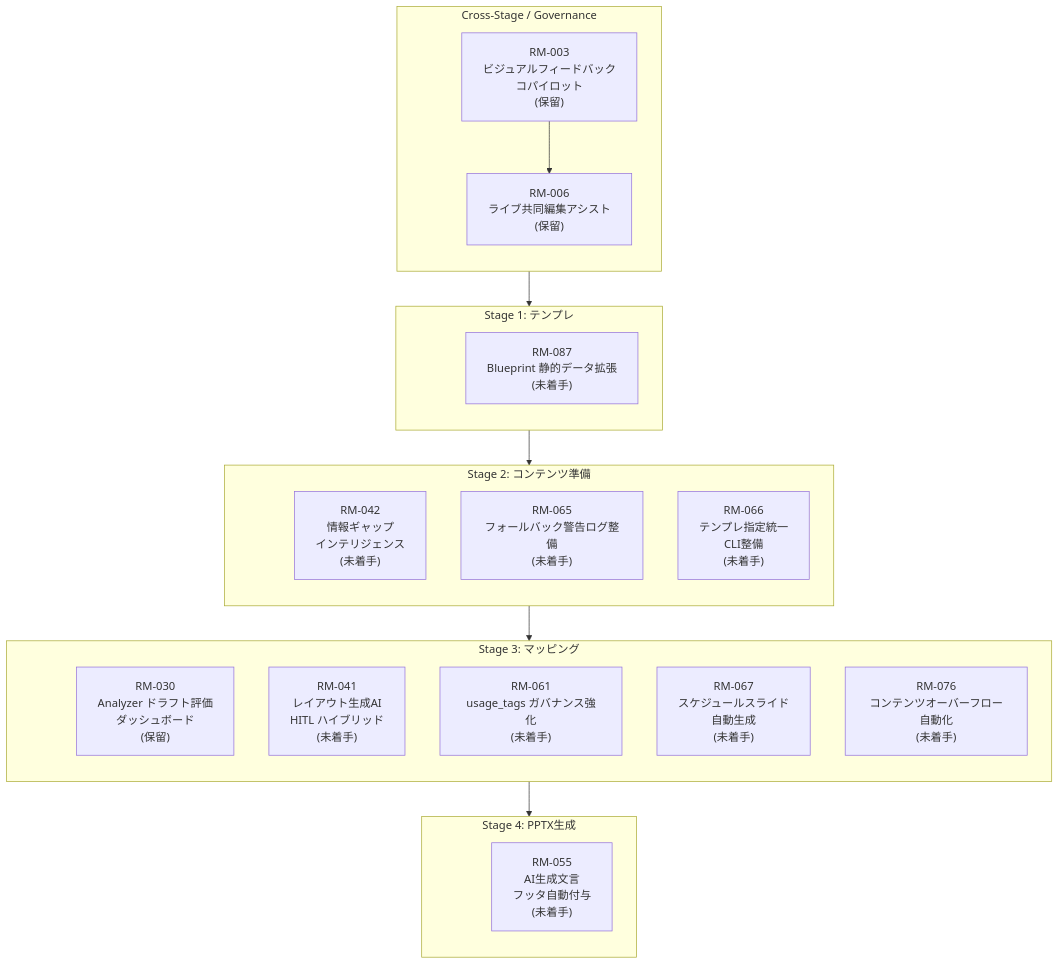
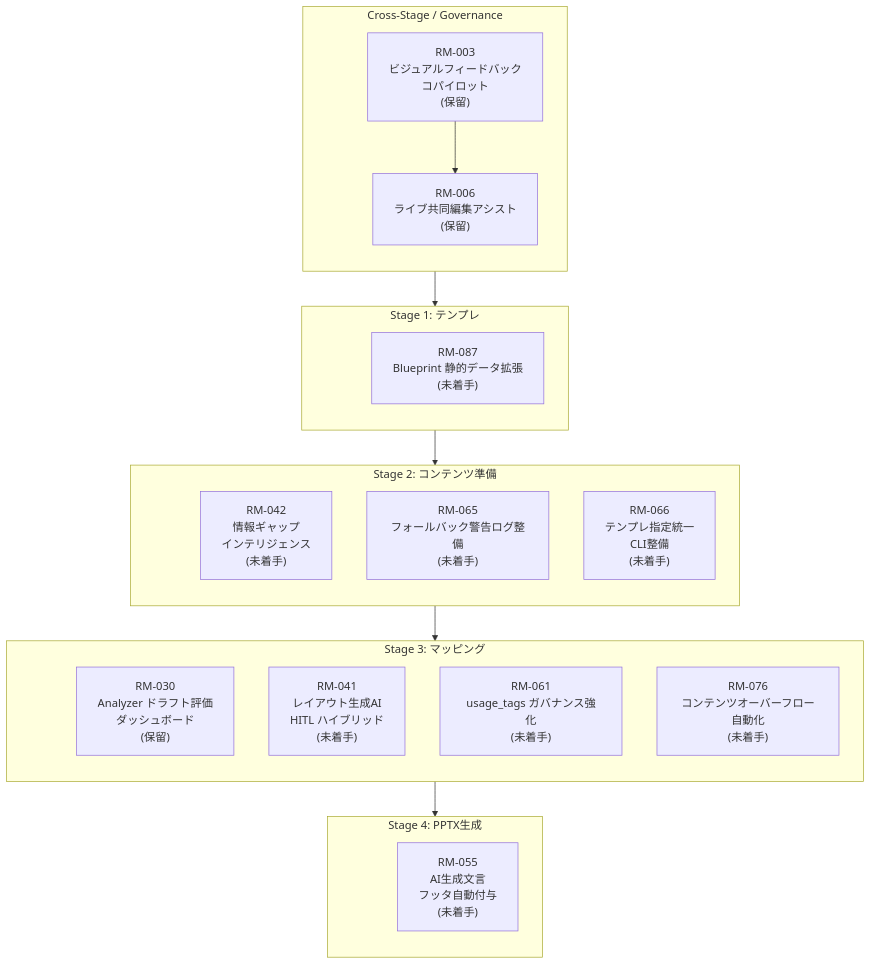
One commit to yurake/pptx_generator changed the diagram in docs/roadmap/roadmap.md. Above: the diagram before and after it, drawn with Mermaid. The commit also changed other lines of this file and 1 other file, not shown here.

````diff
--- a/docs/roadmap/roadmap.md
+++ b/docs/roadmap/roadmap.md
@@ -25,49 +25,48 @@
 ```mermaid
 flowchart TB
     subgraph GOV["Cross-Stage / Governance"]
         direction TB
         GOV_ANCHOR(( ))
         RM003["RM-003<br/>ビジュアルフィードバック<br/>コパイロット<br/>(保留)"]
         RM006["RM-006<br/>ライブ共同編集アシスト<br/>(保留)"]
     end
 
     subgraph ST1["Stage 1: テンプレ"]
         direction TB
         ST1_ANCHOR(( ))
         RM087["RM-087<br/>Blueprint 静的データ拡張<br/>(未着手)"]
     end
 
     subgraph ST2["Stage 2: コンテンツ準備"]
         direction TB
         ST2_ANCHOR(( ))
         RM042["RM-042<br/>情報ギャップ<br/>インテリジェンス<br/>(未着手)"]
         RM065["RM-065<br/>フォールバック警告ログ整備<br/>(未着手)"]
         RM066["RM-066<br/>テンプレ指定統一<br/>CLI整備<br/>(未着手)"]
     end
 
     subgraph ST3["Stage 3: マッピング"]
         direction TB
         ST3_ANCHOR(( ))
         RM030["RM-030<br/>Analyzer ドラフト評価<br/>ダッシュボード<br/>(保留)"]
         RM041["RM-041<br/>レイアウト生成AI<br/>HITL ハイブリッド<br/>(未着手)"]
         RM061["RM-061<br/>usage_tags ガバナンス強化<br/>(未着手)"]
-        RM067["RM-067<br/>スケジュールスライド<br/>自動生成<br/>(未着手)"]
         RM076["RM-076<br/>コンテンツオーバーフロー自動化<br/>(未着手)"]
     end
 
     subgraph ST4["Stage 4: PPTX生成"]
         direction TB
         ST4_ANCHOR(( ))
         RM055["RM-055<br/>AI生成文言<br/>フッタ自動付与<br/>(未着手)"]
     end
 
     style GOV_ANCHOR fill:transparent,stroke:transparent
     style ST1_ANCHOR fill:transparent,stroke:transparent
     style ST2_ANCHOR fill:transparent,stroke:transparent
     style ST3_ANCHOR fill:transparent,stroke:transparent
     style ST4_ANCHOR fill:transparent,stroke:transparent
 
     GOV_ANCHOR --> ST1_ANCHOR --> ST2_ANCHOR --> ST3_ANCHOR --> ST4_ANCHOR
 
     RM003 --> RM006
 ```
````
